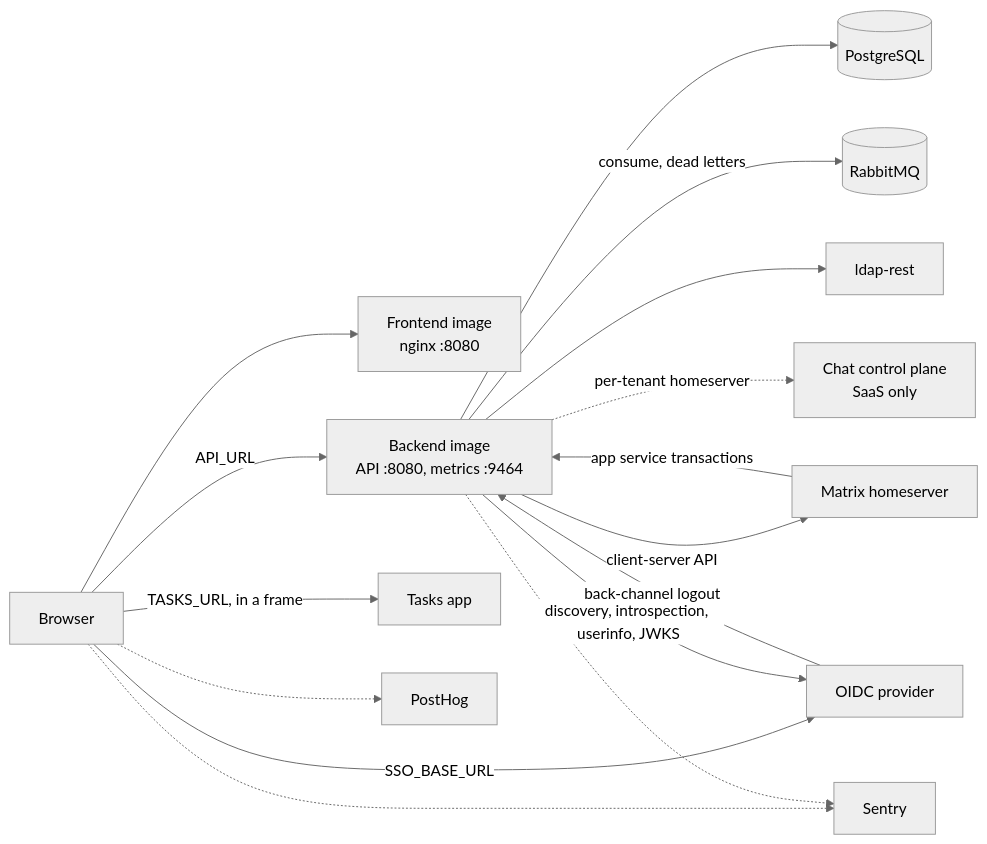
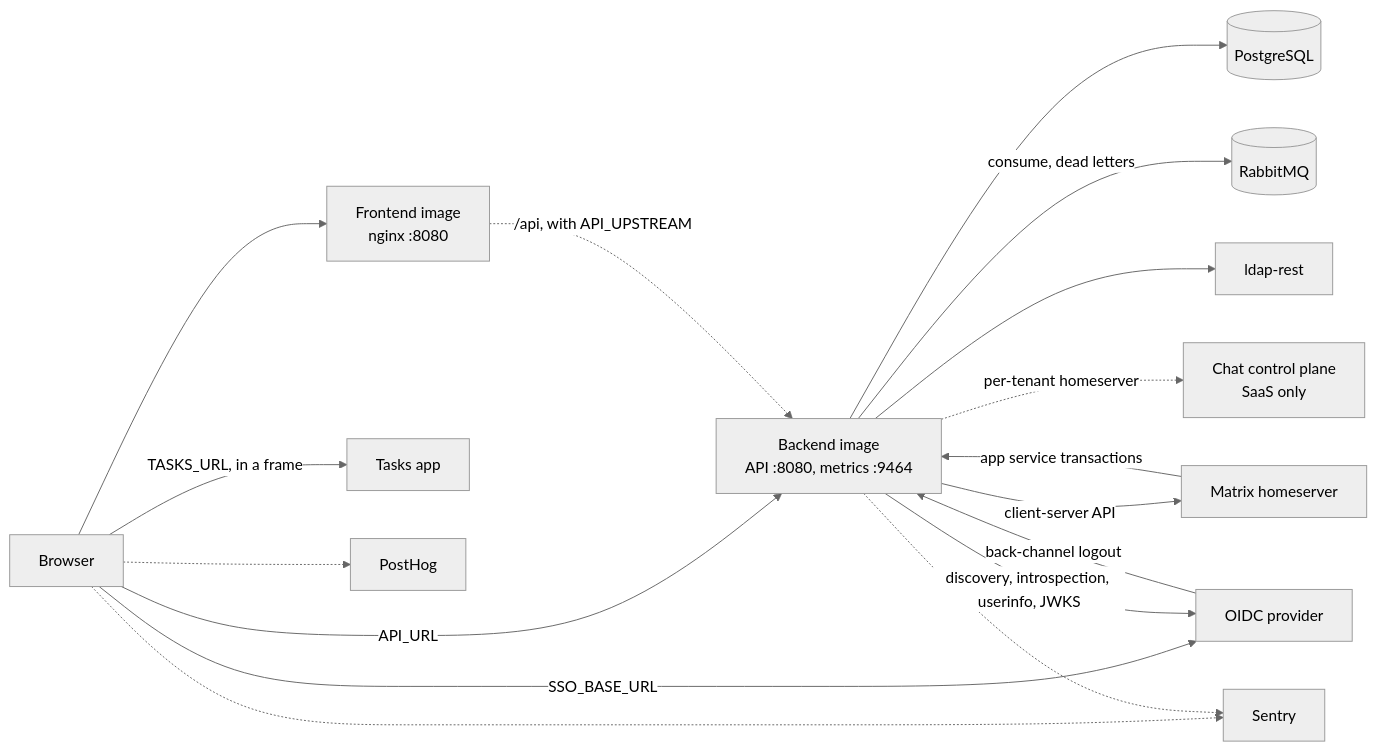
Before and after one commit to linagora/twake-space: the diagram in docs/deploy.md, drawn with Mermaid (neutral theme). The commit also changed other lines of this file and 3 other files, not shown here.

First line of the commit message:
feat(frontend): forward /api to the backend with API_UPSTREAM

````diff
--- a/docs/deploy.md
+++ b/docs/deploy.md
@@ -10,31 +10,32 @@
 ```mermaid
 flowchart LR
   browser[Browser]
   fe[Frontend image<br/>nginx :8080]
   be[Backend image<br/>API :8080, metrics :9464]
   pg[(PostgreSQL)]
   rabbitmq[(RabbitMQ)]
   ldap[ldap-rest]
   oidc[OIDC provider]
   hs[Matrix homeserver]
   cp[Chat control plane<br/>SaaS only]
   tasks[Tasks app]
   sentry[Sentry]
   posthog[PostHog]
 
   browser --> fe
   browser -->|API_URL| be
+  fe -.->|/api, with API_UPSTREAM| be
   browser -->|SSO_BASE_URL| oidc
   browser -->|TASKS_URL, in a frame| tasks
   browser -.-> sentry
   browser -.-> posthog
   be --> pg
   be -->|consume, dead letters| rabbitmq
   be --> ldap
   be -->|discovery, introspection, userinfo, JWKS| oidc
   oidc -->|back-channel logout| be
   be -->|client-server API| hs
   hs -->|app service transactions| be
   be -.->|per-tenant homeserver| cp
   be -.-> sentry
 ```
````
